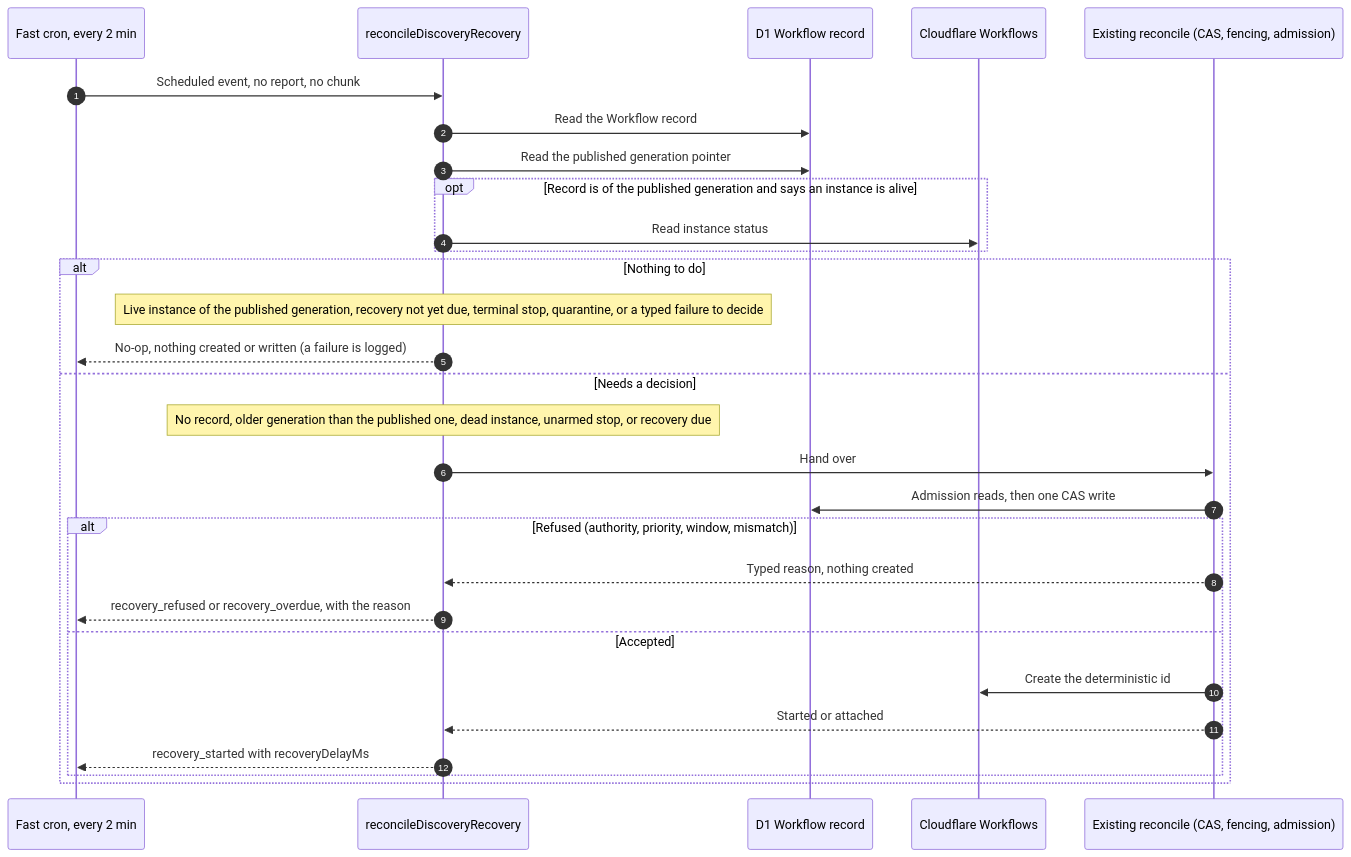
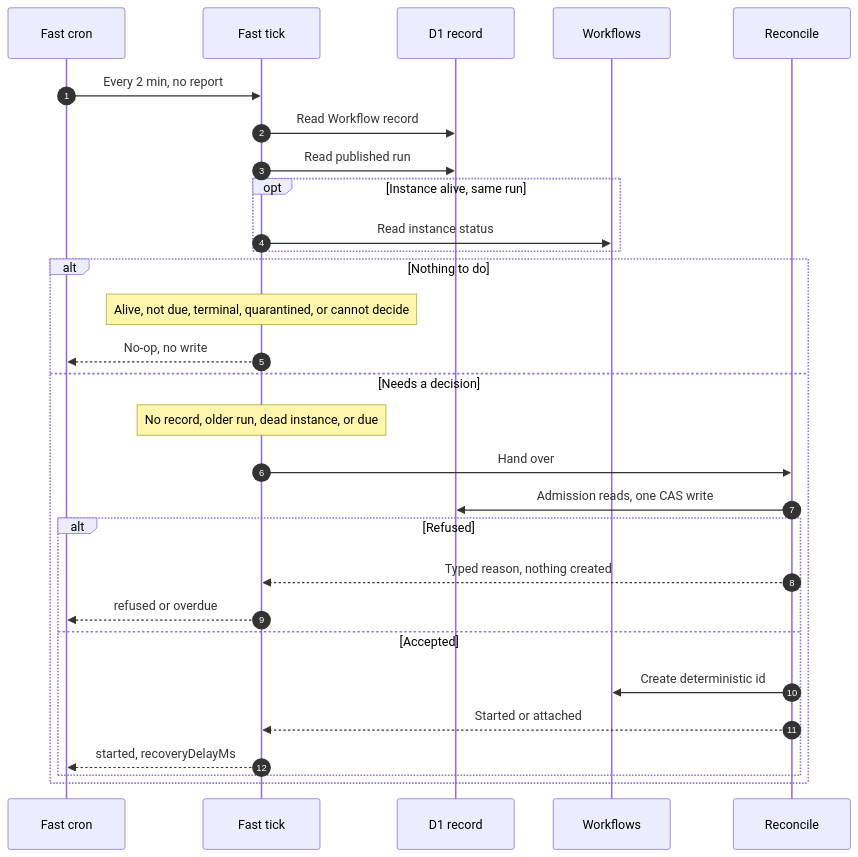
Before and after one commit to vladimino/iptv-watchlist: the fifth of 12 diagrams in docs/architecture/scheduling-and-orchestration.md, drawn with Mermaid.

Commit message:
AIR-534: shorten the fast-tick sequence diagram labels for GitHub legibility
Claude-Session: https://claude.ai/code/session_014nGEiUcPKEq5AXbnFLw6rz

````diff
--- a/docs/architecture/scheduling-and-orchestration.md
+++ b/docs/architecture/scheduling-and-orchestration.md
@@ -148,31 +148,31 @@
 ```mermaid
 sequenceDiagram
     autonumber
-    participant Fast as Fast cron, every 2 min
-    participant W as reconcileDiscoveryRecovery
-    participant D1 as D1 Workflow record
-    participant CF as Cloudflare Workflows
-    participant R as Existing reconcile (CAS, fencing, admission)
-    Fast->>W: Scheduled event, no report, no chunk
-    W->>D1: Read the Workflow record
-    W->>D1: Read the published generation pointer
-    opt Record is of the published generation and says an instance is alive
+    participant Fast as Fast cron
+    participant W as Fast tick
+    participant D1 as D1 record
+    participant CF as Workflows
+    participant R as Reconcile
+    Fast->>W: Every 2 min, no report
+    W->>D1: Read Workflow record
+    W->>D1: Read published run
+    opt Instance alive, same run
         W->>CF: Read instance status
     end
     alt Nothing to do
-        Note over W: Live instance of the published generation, recovery not yet due, terminal stop, quarantine, or a typed failure to decide
-        W-->>Fast: No-op, nothing created or written (a failure is logged)
+        Note over W: Alive, not due, terminal, quarantined, or cannot decide
+        W-->>Fast: No-op, no write
     else Needs a decision
-        Note over W: No record, older generation than the published one, dead instance, unarmed stop, or recovery due
+        Note over W: No record, older run, dead instance, or due
         W->>R: Hand over
-        R->>D1: Admission reads, then one CAS write
-        alt Refused (authority, priority, window, mismatch)
+        R->>D1: Admission reads, one CAS write
+        alt Refused
             R-->>W: Typed reason, nothing created
-            W-->>Fast: recovery_refused or recovery_overdue, with the reason
+            W-->>Fast: refused or overdue
         else Accepted
-            R->>CF: Create the deterministic id
+            R->>CF: Create deterministic id
             R-->>W: Started or attached
-            W-->>Fast: recovery_started with recoveryDelayMs
+            W-->>Fast: started, recoveryDelayMs
         end
     end
 ```
````
